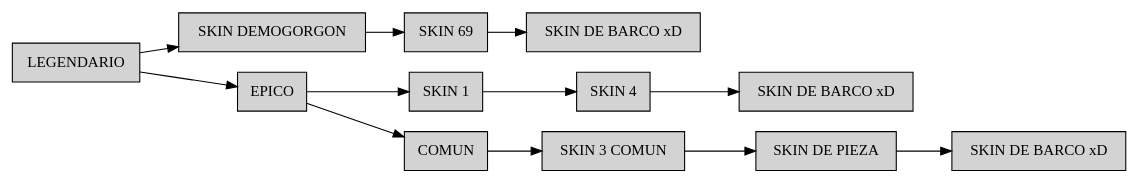
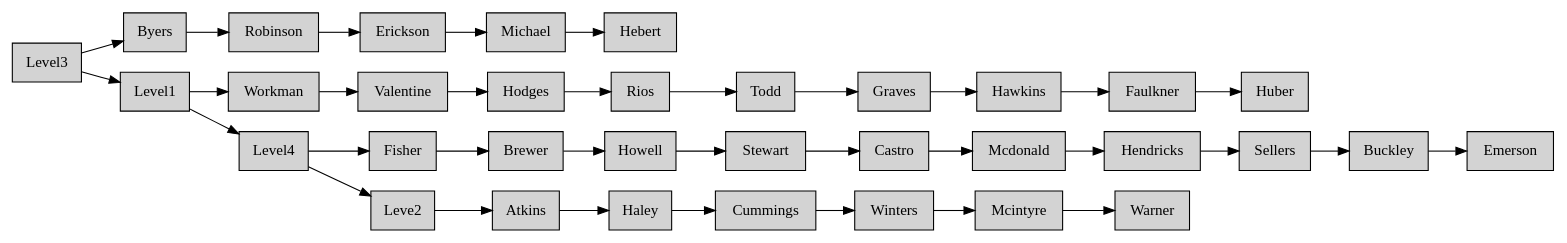
Before and after one commit to ebarillas14/EDD_2S-BatallaNaval_201903342: the diagram in fase1/Shop.dot, drawn with Graphviz. The commit also changed 9 other files, not shown here.

```diff
--- a/fase1/Shop.dot
+++ b/fase1/Shop.dot
@@ -1,25 +1,69 @@
 digraph Tienda{rankdir = LR;node[shape = record, style = filled];
-LEGENDARIO [label= " LEGENDARIO "];
-LEGENDARIO0 [label= " SKIN DEMOGORGON "];
-LEGENDARIO1 [label= " SKIN 69 "];
-LEGENDARIO2 [label= " SKIN DE BARCO xD "];
-EPICO [label= " EPICO "];
-EPICO0 [label= " SKIN 1 "];
-EPICO1 [label= " SKIN 4 "];
-EPICO2 [label= " SKIN DE BARCO xD "];
-COMUN [label= " COMUN "];
-COMUN0 [label= " SKIN 3 COMUN "];
-COMUN1 [label= " SKIN DE PIEZA "];
-COMUN2 [label= " SKIN DE BARCO xD "];
-LEGENDARIO->LEGENDARIO0;
-LEGENDARIO0->LEGENDARIO1;
-LEGENDARIO1->LEGENDARIO2;
-LEGENDARIO->EPICO;
-EPICO->EPICO0;
-EPICO0->EPICO1;
-EPICO1->EPICO2;
-EPICO->COMUN;
-COMUN->COMUN0;
-COMUN0->COMUN1;
-COMUN1->COMUN2;
+Level3 [label= " Level3 "];
+Level30 [label= " Byers "];
+Level31 [label= " Robinson "];
+Level32 [label= " Erickson "];
+Level33 [label= " Michael "];
+Level34 [label= " Hebert "];
+Level1 [label= " Level1 "];
+Level10 [label= " Workman "];
+Level11 [label= " Valentine "];
+Level12 [label= " Hodges "];
+Level13 [label= " Rios "];
+Level14 [label= " Todd "];
+Level15 [label= " Graves "];
+Level16 [label= " Hawkins "];
+Level17 [label= " Faulkner "];
+Level18 [label= " Huber "];
+Level4 [label= " Level4 "];
+Level40 [label= " Fisher "];
+Level41 [label= " Brewer "];
+Level42 [label= " Howell "];
+Level43 [label= " Stewart "];
+Level44 [label= " Castro "];
+Level45 [label= " Mcdonald "];
+Level46 [label= " Hendricks "];
+Level47 [label= " Sellers "];
+Level48 [label= " Buckley "];
+Level49 [label= " Emerson "];
+Leve2 [label= " Leve2 "];
+Leve20 [label= " Atkins "];
+Leve21 [label= " Haley "];
+Leve22 [label= " Cummings "];
+Leve23 [label= " Winters "];
+Leve24 [label= " Mcintyre "];
+Leve25 [label= " Warner "];
+Level3->Level30;
+Level30->Level31;
+Level31->Level32;
+Level32->Level33;
+Level33->Level34;
+Level3->Level1;
+Level1->Level10;
+Level10->Level11;
+Level11->Level12;
+Level12->Level13;
+Level13->Level14;
+Level14->Level15;
+Level15->Level16;
+Level16->Level17;
+Level17->Level18;
+Level1->Level4;
+Level4->Level40;
+Level40->Level41;
+Level41->Level42;
+Level42->Level43;
+Level43->Level44;
+Level44->Level45;
+Level45->Level46;
+Level46->Level47;
+Level47->Level48;
+Level48->Level49;
+Level4->Leve2;
+Leve2->Leve20;
+Leve20->Leve21;
+Leve21->Leve22;
+Leve22->Leve23;
+Leve23->Leve24;
+Leve24->Leve25;
 }
```
